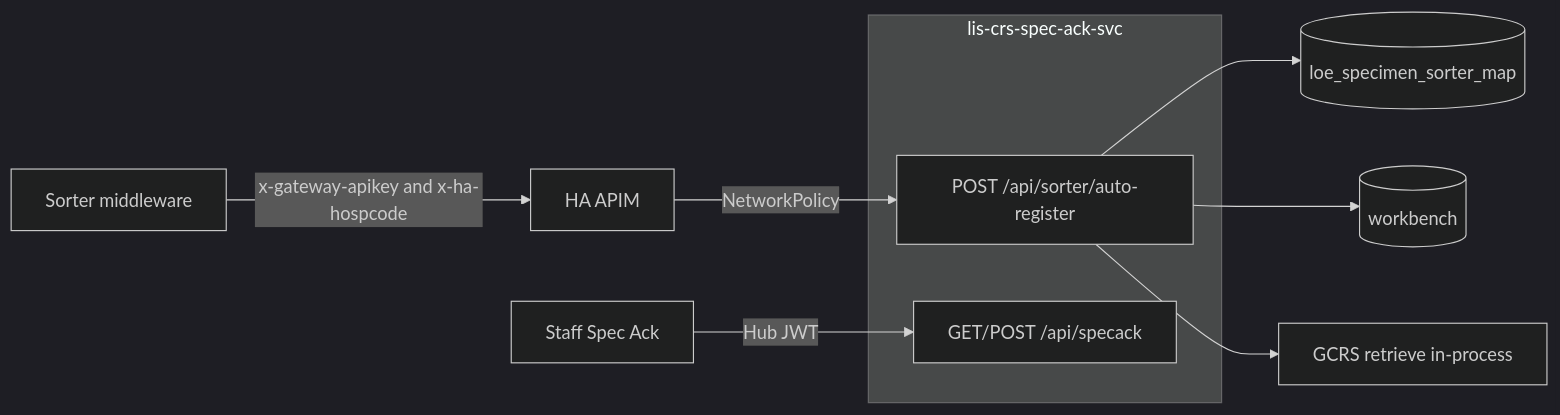
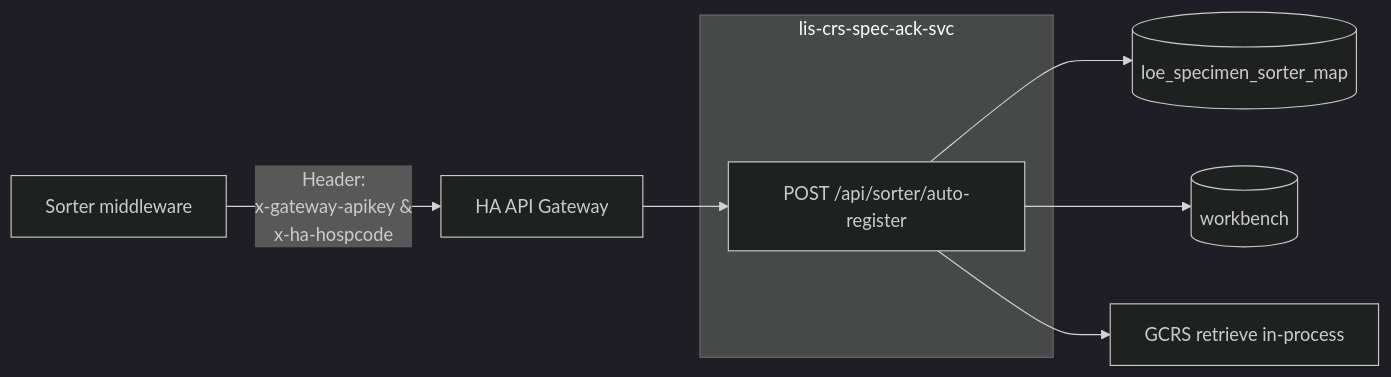
Before and after one commit to DragonChong/HA-Notes: the diagram in SDLC/Projects/TMP-specimen-sorter-api — Specimen Sorter API/API Specification.md, drawn with Mermaid (dark theme).

Commit message:
vault backup: 2026-09-15 16:39:52

````diff
--- a/SDLC/Projects/TMP-specimen-sorter-api — Specimen Sorter API/API Specification.md
+++ b/SDLC/Projects/TMP-specimen-sorter-api — Specimen Sorter API/API Specification.md
@@ -30,22 +30,19 @@
 ```mermaid
 flowchart LR
   MW[Sorter middleware]
-  APIM[HA APIM]
-  UI[Staff Spec Ack]
+  APIM[HA API Gateway]
 
   subgraph oc[lis-crs-spec-ack-svc]
     SORT["POST /api/sorter/auto-register"]
-    STAFF["GET/POST /api/specack"]
   end
 
   MAP[(loe_specimen_sorter_map)]
   WB[(workbench)]
   GCRS[GCRS retrieve in-process]
 
-  MW -->|"x-gateway-apikey and x-ha-hospcode"| APIM
-  APIM -->|NetworkPolicy| SORT
-  UI -->|Hub JWT| STAFF
+  MW -->|"Header:<br>x-gateway-apikey &<br> x-ha-hospcode"| APIM
+  APIM --> SORT
   SORT --> MAP
   SORT --> WB
   SORT --> GCRS
 ```
````
